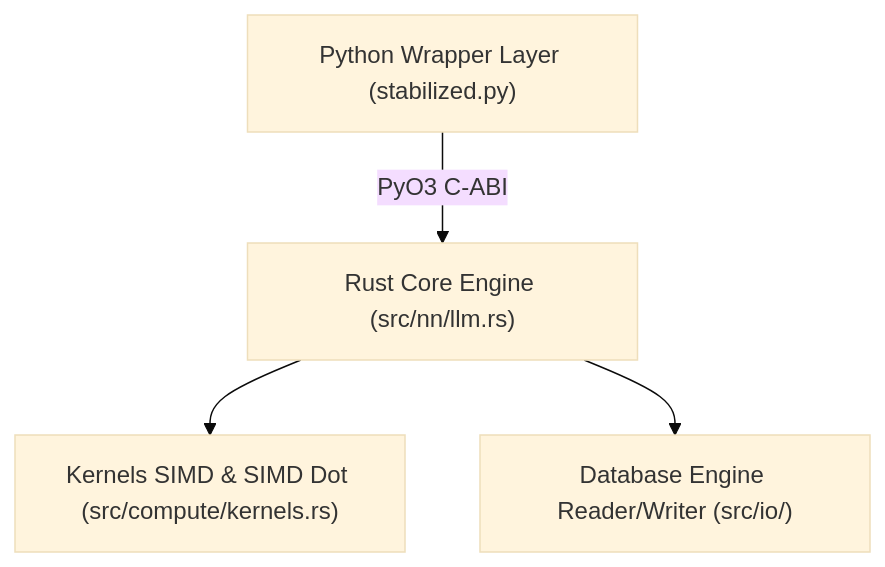
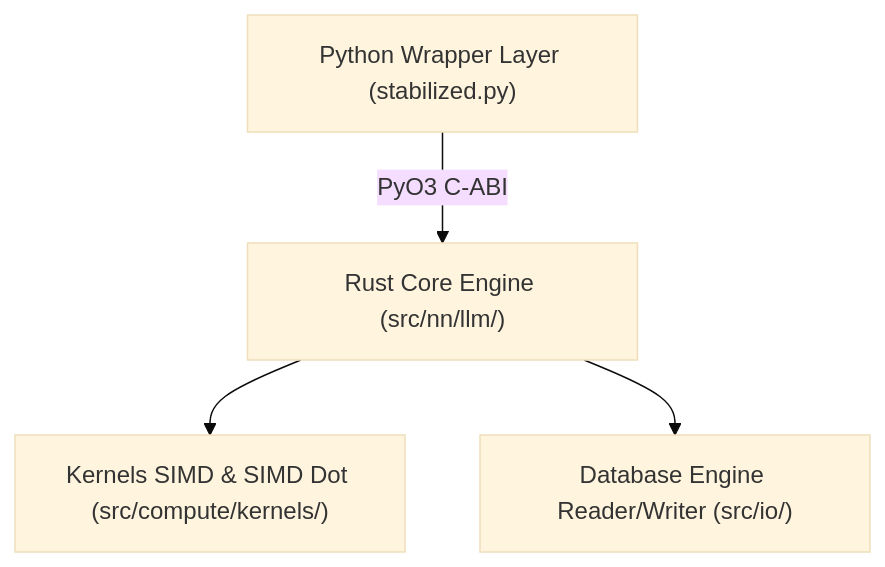
The diagram in docs/guides/ARCHITECTURE.md (erickaguilar/gaje-semantic-compression), drawn with Mermaid (base theme) before and after one commit. The commit also changed other lines of this file, not shown here.

First line of the commit message:
docs(guides): update ARCHITECTURE.md paths to directory-based modules

````diff
--- a/docs/guides/ARCHITECTURE.md
+++ b/docs/guides/ARCHITECTURE.md
@@ -7,6 +7,6 @@
 ```mermaid
 graph TD
-    A["Python Wrapper Layer (stabilized.py)"] -->|"PyO3 C-ABI"| B["Rust Core Engine (src/nn/llm.rs)"]
-    B --> C["Kernels SIMD & SIMD Dot (src/compute/kernels.rs)"]
+    A["Python Wrapper Layer (stabilized.py)"] -->|"PyO3 C-ABI"| B["Rust Core Engine (src/nn/llm/)"]
+    B --> C["Kernels SIMD & SIMD Dot (src/compute/kernels/)"]
     B --> D["Database Engine Reader/Writer (src/io/)"]
 ```
````
